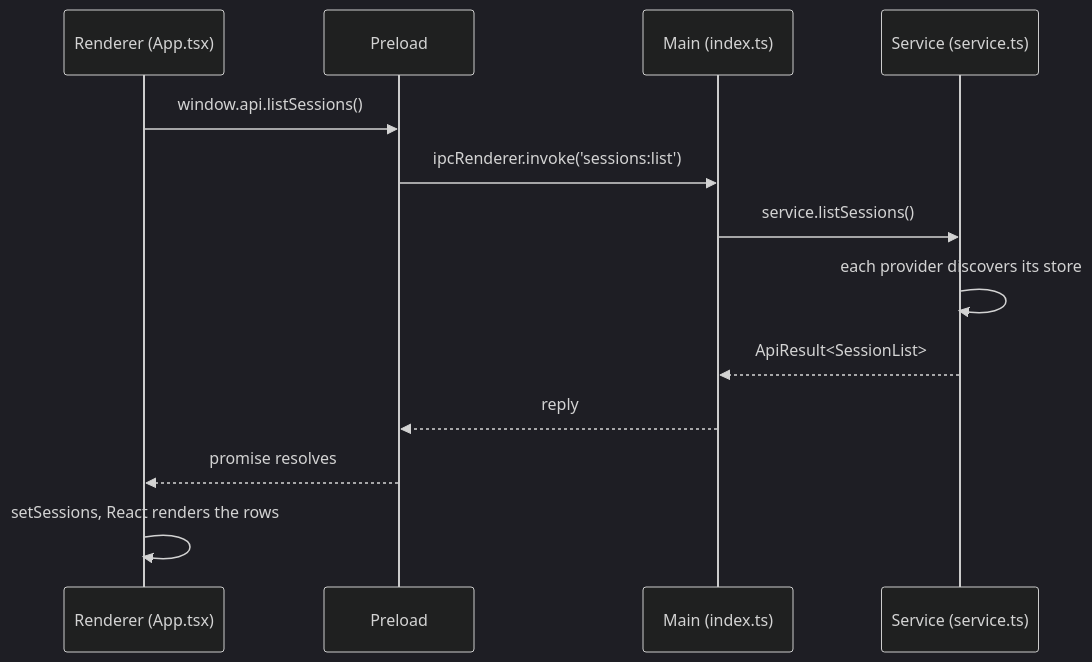
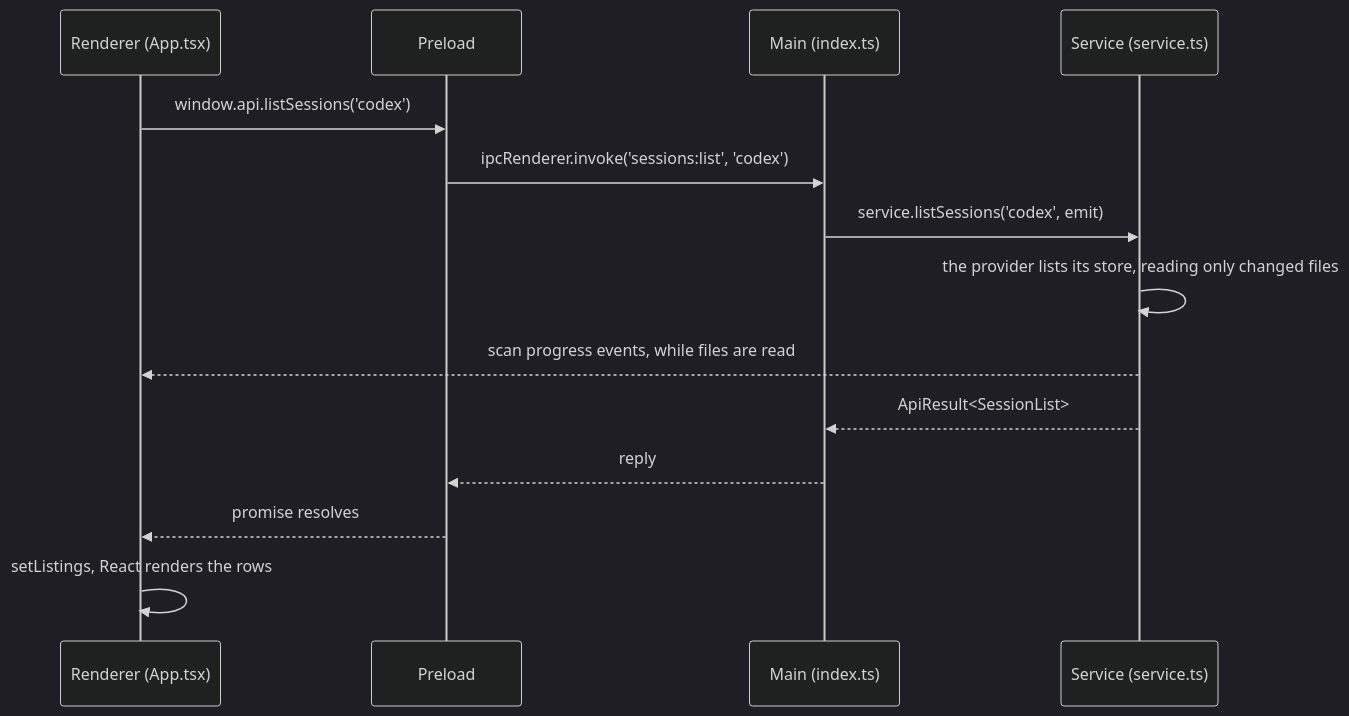
The fourth of 4 diagrams in docs/how-it-works.md (karlhsueh/agent-session-mover), drawn with Mermaid (dark theme) before and after one commit. The commit also changed other lines of this file and 2 other files, not shown here.

````diff
--- a/docs/how-it-works.md
+++ b/docs/how-it-works.md
@@ -129,15 +129,16 @@
 ```mermaid
 sequenceDiagram
   participant R as Renderer (App.tsx)
   participant P as Preload
   participant M as Main (index.ts)
   participant S as Service (service.ts)
-  R->>P: window.api.listSessions()
-  P->>M: ipcRenderer.invoke('sessions:list')
-  M->>S: service.listSessions()
-  S->>S: each provider discovers its store
+  R->>P: window.api.listSessions('codex')
+  P->>M: ipcRenderer.invoke('sessions:list', 'codex')
+  M->>S: service.listSessions('codex', emit)
+  S->>S: the provider lists its store, reading only changed files
+  S-->>R: scan progress events, while files are read
   S-->>M: ApiResult<SessionList>
   M-->>P: reply
   P-->>R: promise resolves
-  R->>R: setSessions, React renders the rows
+  R->>R: setListings, React renders the rows
 ```
````
